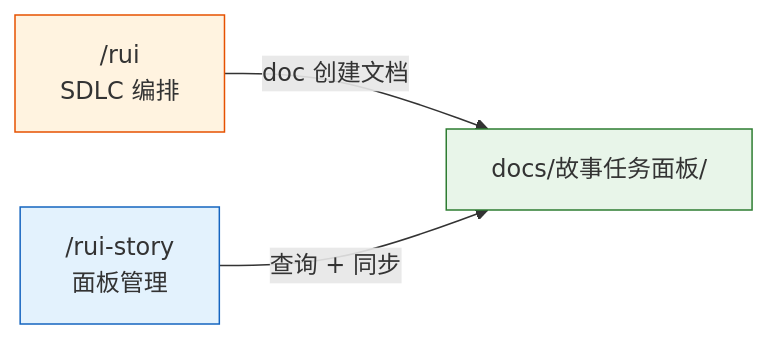
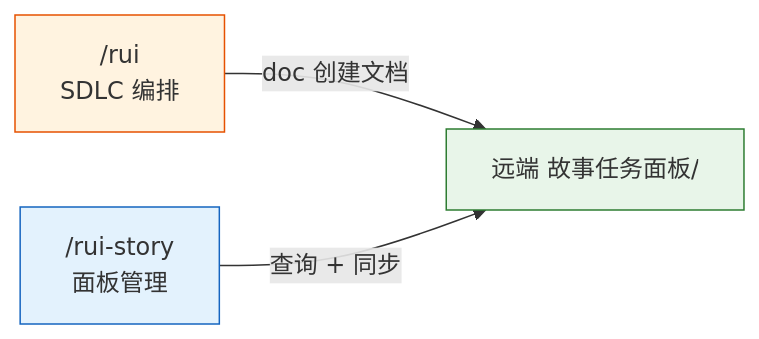
Diagram 11 of 11 in skills/rui-story/SKILL.md (effiy/YrY), drawn with Mermaid before and after one commit. The commit also changed other lines of this file and 14 other files, not shown here.

````diff
--- a/skills/rui-story/SKILL.md
+++ b/skills/rui-story/SKILL.md
@@ -242,9 +286,9 @@
 ```mermaid
 flowchart LR
-    RUI["/rui<br/>SDLC 编排"]:::rui -->|"doc 创建文档"| PANEL["docs/故事任务面板/"]:::panel
+    RUI["/rui<br/>SDLC 编排"]:::rui -->|"doc 创建文档"| PANEL["远端 故事任务面板/"]:::panel
     RS["/rui-story<br/>面板管理"]:::story -->|"查询 + 同步"| PANEL
 
     classDef rui fill:#fff3e0,stroke:#e65100;
     classDef story fill:#e3f2fd,stroke:#1565c0;
     classDef panel fill:#e8f5e9,stroke:#2e7d32;
 ```
````
